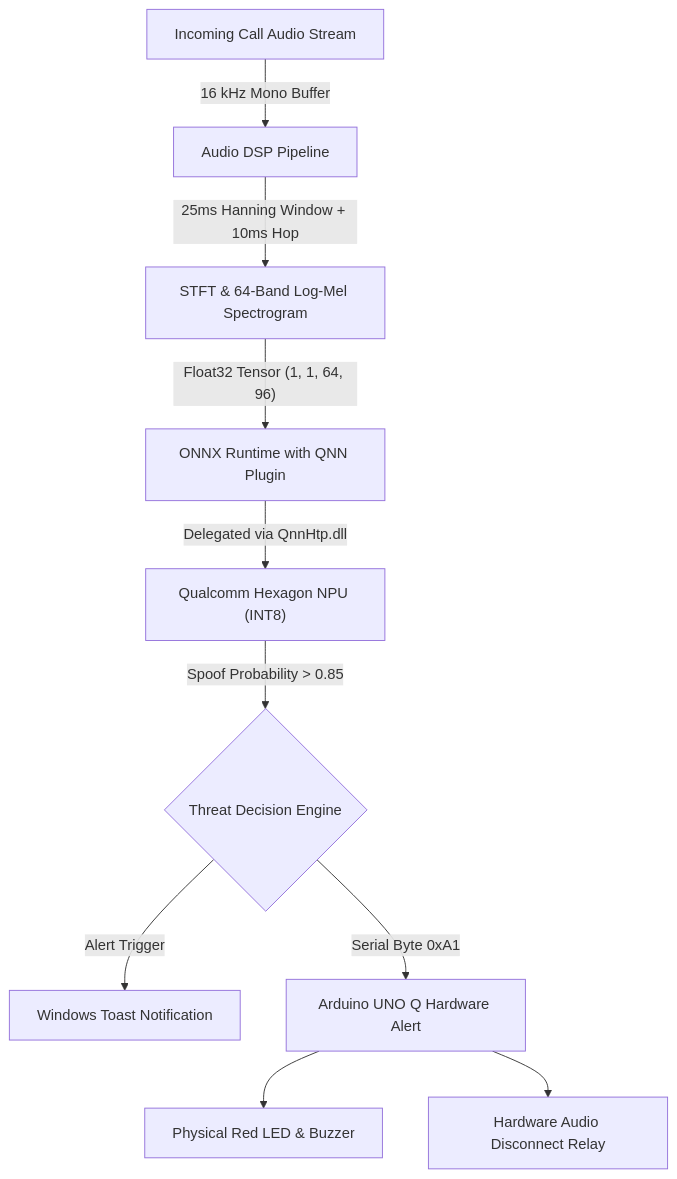
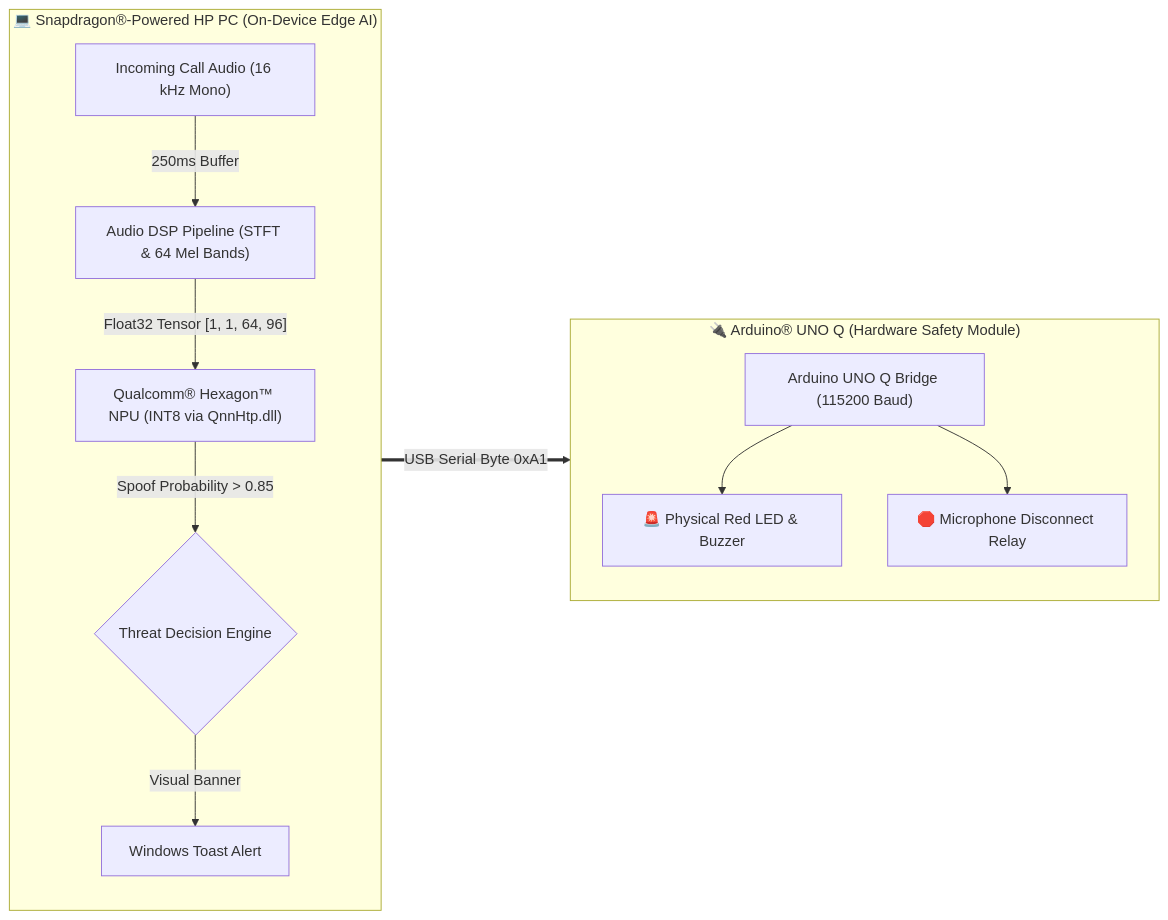
Before and after one commit to BharathGDevadiga/VoiceArmor-Edge: the diagram in README.md, drawn with Mermaid. The commit also changed 2 other files, not shown here.

Commit message:
Insert 400 DPI Draw.io architecture diagram into Word proposal and update README flowchart

````diff
--- a/README.md
+++ b/README.md
@@ -28,12 +28,19 @@
 ```mermaid
-graph TD
-    A["Incoming Call Audio Stream"] -->|"16 kHz Mono Buffer"| B["Audio DSP Pipeline"]
-    B -->|"25ms Hanning Window + 10ms Hop"| C["STFT & 64-Band Log-Mel Spectrogram"]
-    C -->|"Float32 Tensor (1, 1, 64, 96)"| D["ONNX Runtime with QNN Plugin"]
-    D -->|"Delegated via QnnHtp.dll"| E["Qualcomm Hexagon NPU (INT8)"]
-    E -->|"Spoof Probability > 0.85"| F{"Threat Decision Engine"}
-    F -->|"Alert Trigger"| G["Windows Toast Notification"]
-    F -->|"Serial Byte 0xA1"| H["Arduino UNO Q Hardware Alert"]
-    H --> I["Physical Red LED & Buzzer"]
-    H --> J["Hardware Audio Disconnect Relay"]
+flowchart LR
+    subgraph PC ["💻 Snapdragon®-Powered HP PC (On-Device Edge AI)"]
+        direction TB
+        A["Incoming Call Audio (16 kHz Mono)"] -->|"250ms Buffer"| B["Audio DSP Pipeline (STFT & 64 Mel Bands)"]
+        B -->|"Float32 Tensor [1, 1, 64, 96]"| C["Qualcomm® Hexagon™ NPU (INT8 via QnnHtp.dll)"]
+        C -->|"Spoof Probability > 0.85"| D{"Threat Decision Engine"}
+        D -->|"Visual Banner"| E["Windows Toast Alert"]
+    end
+
+    subgraph ARD ["🔌 Arduino® UNO Q (Hardware Safety Module)"]
+        direction TB
+        F["Arduino UNO Q Bridge (115200 Baud)"]
+        F --> G["🚨 Physical Red LED & Buzzer"]
+        F --> H["🛑 Microphone Disconnect Relay"]
+    end
+
+    D ==>|"USB Serial Byte 0xA1"| F
 ```
````
